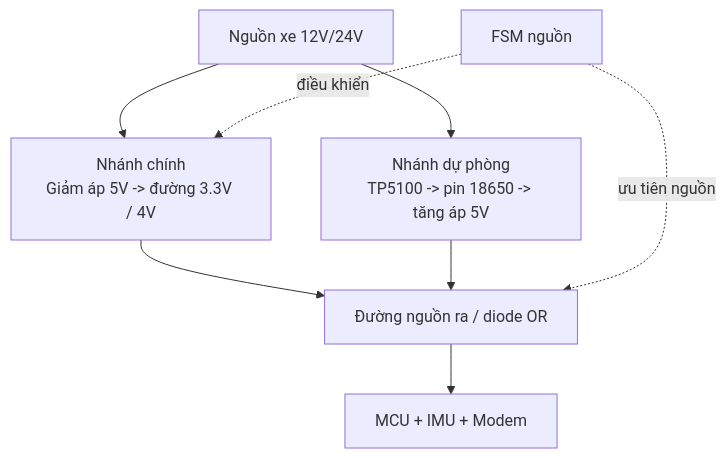
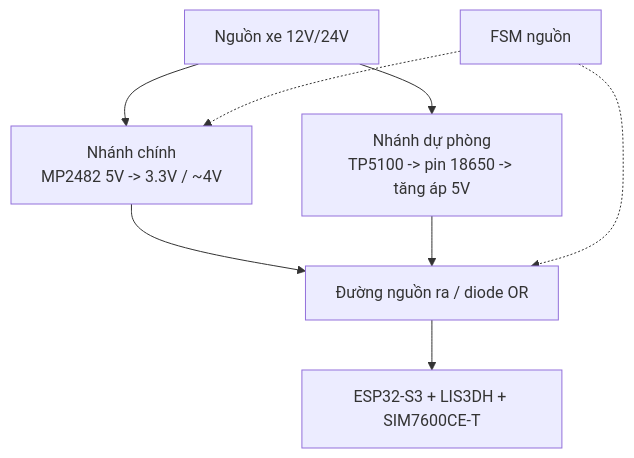
One commit to anmh1205/IoT_Vehicle_Tracking_System changed the diagram in resources/reports/thesis/final/assets/uml/03-chuong-3-giai-phap-phan-cung-hinh-3-4.mmd. Above: the diagram before and after it, drawn with Mermaid. The commit also changed 219 other files, not shown here.

```diff
--- a/resources/reports/thesis/final/assets/uml/03-chuong-3-giai-phap-phan-cung-hinh-3-4.mmd
+++ b/resources/reports/thesis/final/assets/uml/03-chuong-3-giai-phap-phan-cung-hinh-3-4.mmd
@@ -1,12 +1,12 @@
 flowchart TB
     Source["Nguồn xe 12V/24V"]
-    Main["Nhánh chính<br/>Giảm áp 5V -> đường 3.3V / 4V"]
+    Main["Nhánh chính<br/>MP2482 5V -> 3.3V / ~4V"]
     Backup["Nhánh dự phòng<br/>TP5100 -> pin 18650 -> tăng áp 5V"]
     Runtime["Đường nguồn ra / diode OR"]
-    Loads["MCU + IMU + Modem"]
+    Loads["ESP32-S3 + LIS3DH + SIM7600CE-T"]
     Fsm["FSM nguồn"]
 
     Source --> Main --> Runtime --> Loads
     Source --> Backup --> Runtime
-    Fsm -. điều khiển .-> Main
-    Fsm -. ưu tiên nguồn .-> Runtime
+    Fsm -.-> Main
+    Fsm -.-> Runtime
```
